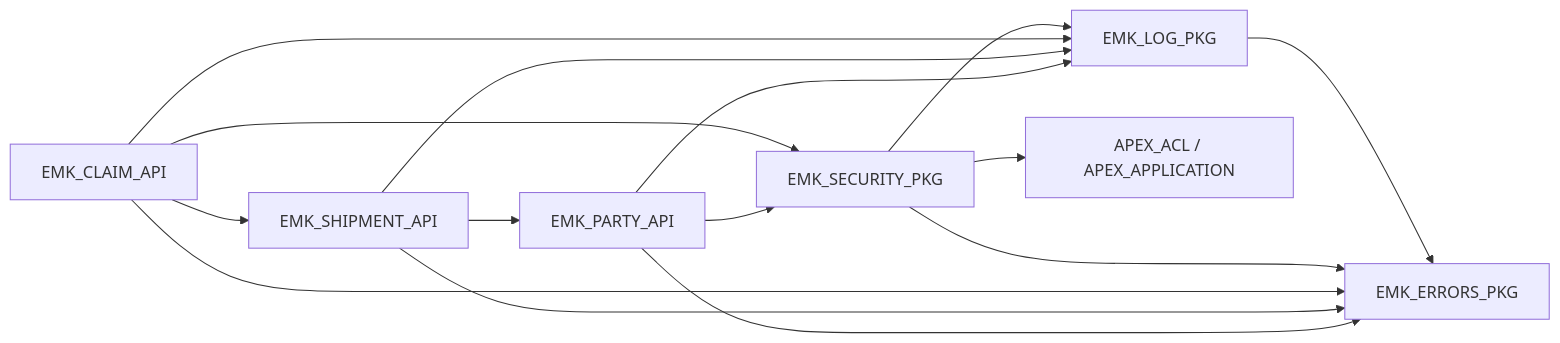
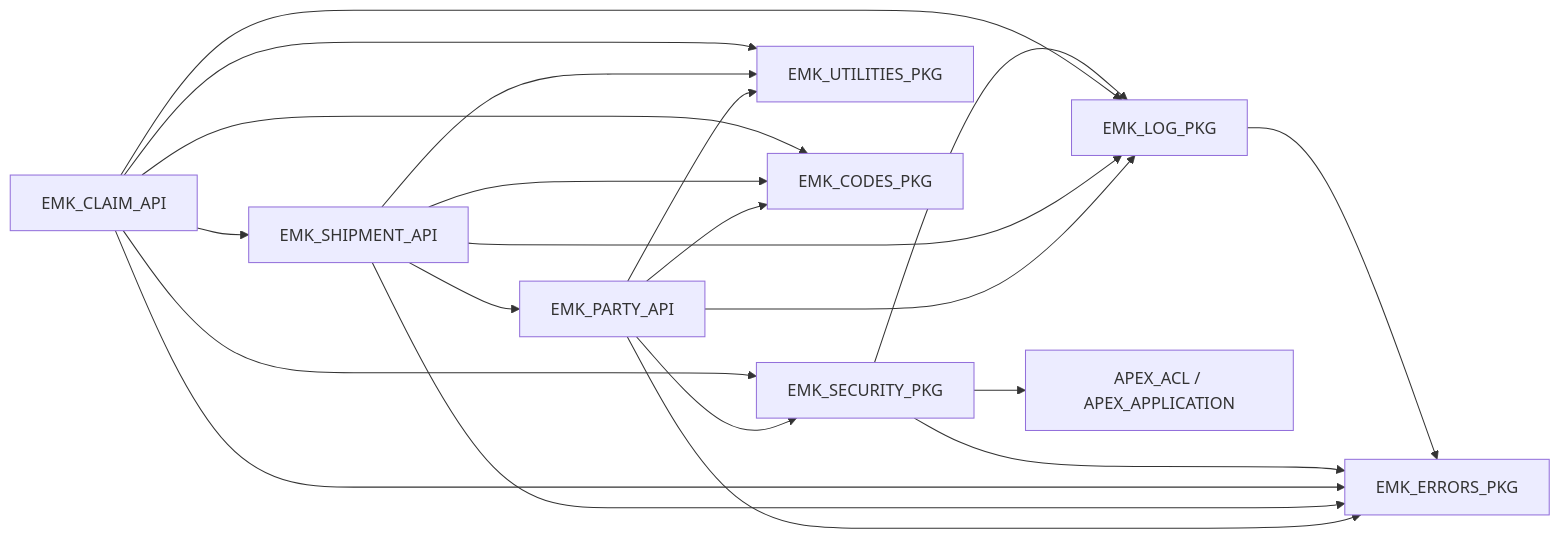
The second of 5 diagrams in docs/design/api-design.md (nmuller000/euromarket-claims-manager), drawn with Mermaid before and after one commit. The commit also changed other lines of this file and 12 other files, not shown here.

````diff
--- a/docs/design/api-design.md
+++ b/docs/design/api-design.md
@@ -87,17 +87,23 @@
 ```mermaid
 flowchart LR
     party["EMK_PARTY_API"] --> sec["EMK_SECURITY_PKG"]
     ship["EMK_SHIPMENT_API"] --> party
     claim["EMK_CLAIM_API"] --> ship
     claim --> sec
     party --> log["EMK_LOG_PKG"]
     ship --> log
     claim --> log
     sec --> log
     party --> err["EMK_ERRORS_PKG"]
     ship --> err
     claim --> err
     sec --> err
     log --> err
     sec --> acl["APEX_ACL / APEX_APPLICATION"]
+    party --> util["EMK_UTILITIES_PKG"]
+    ship --> util
+    claim --> util
+    party --> codes["EMK_CODES_PKG"]
+    ship --> codes
+    claim --> codes
 ```
````
